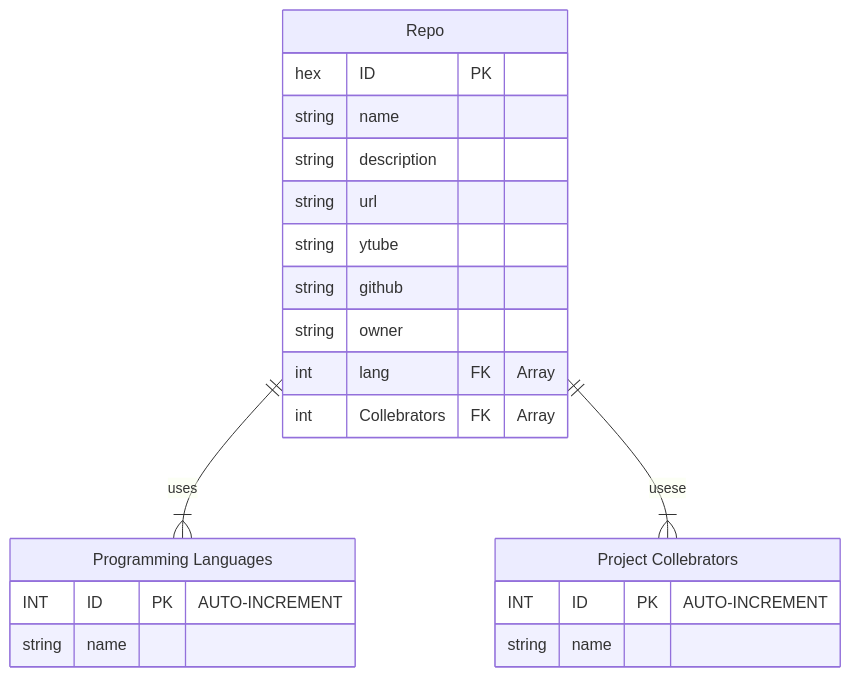
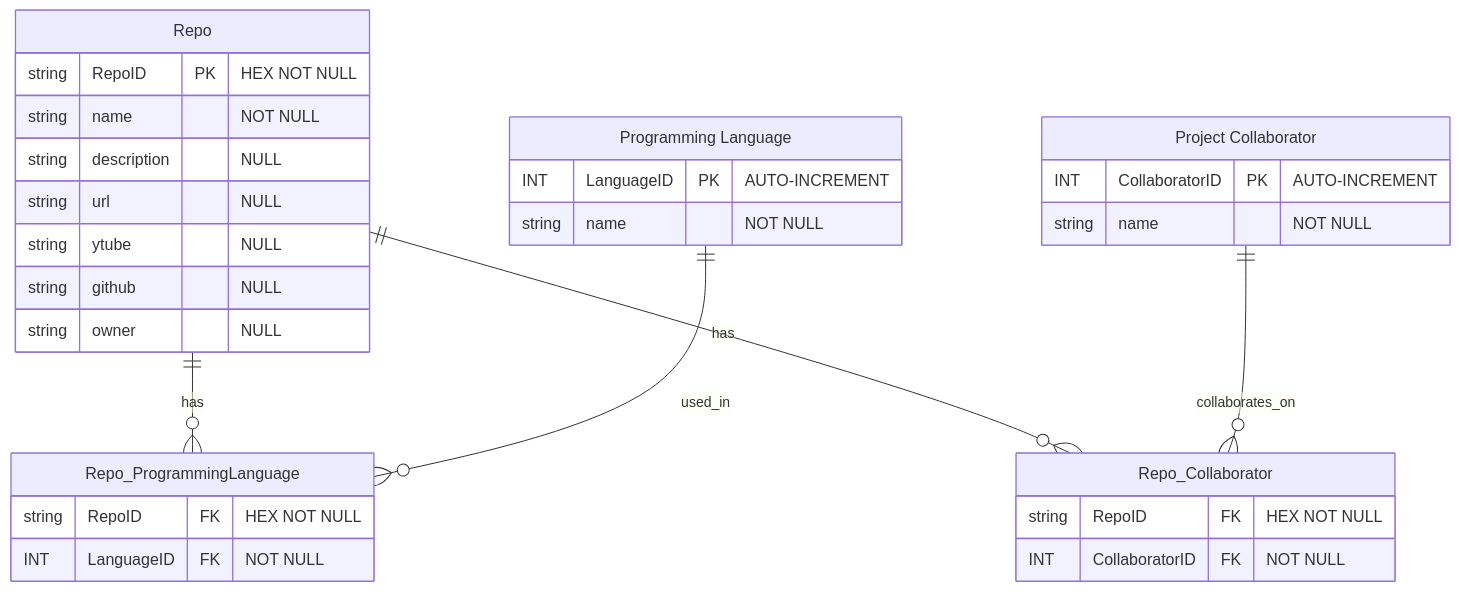
Before and after one commit to krigjo25/webapp-Home-vupy: the diagram in model/database.md, drawn with Mermaid. The commit also changed 9 other files, not shown here.

````diff
--- a/model/database.md
+++ b/model/database.md
@@ -2,30 +2,39 @@
 ```mermaid
 erDiagram
-    "Repo" ||--|{ "Programming Languages": uses
-    "Repo" ||--|{ "Project Collebrators": usese 
+
+    Repo ||--o{ Repo_ProgrammingLanguage : has
+    "Programming Language" ||--o{ Repo_ProgrammingLanguage : used_in
+    Repo ||--o{ Repo_Collaborator : has
+    "Project Collaborator" ||--o{ Repo_Collaborator : collaborates_on
 
     Repo {
-        hex ID PK
-        string name
-        string description
-
-        string url
-        string ytube
-        string github
-        
-        string owner
-        int lang FK "Array"
-        int Collebrators FK "Array"
+        string RepoID PK "HEX NOT NULL"
+        string name "NOT NULL"
+        string description "NULL"
+        string url "NULL"
+        string ytube "NULL"
+        string github "NULL"
+        string owner "NULL"
     }
 
-    "Programming Languages" {
-        INT ID PK "AUTO-INCREMENT"
-        string name
+    "Programming Language" {
+        INT LanguageID PK "AUTO-INCREMENT"
+        string name "NOT NULL"
     }
 
-        "Project Collebrators" {
-        INT ID PK "AUTO-INCREMENT"
-        string name
+    "Project Collaborator" {
+        INT CollaboratorID PK "AUTO-INCREMENT"
+        string name "NOT NULL"
     }
 
+    %% Linking Tables for Many-to-Many Relationships
+    "Repo_ProgrammingLanguage" {
+        string RepoID FK "HEX NOT NULL"
+        INT LanguageID FK "NOT NULL"
+    }
+
+    "Repo_Collaborator" {
+        string RepoID FK "HEX NOT NULL"
+        INT CollaboratorID FK "NOT NULL"
+    }
 ```
````
